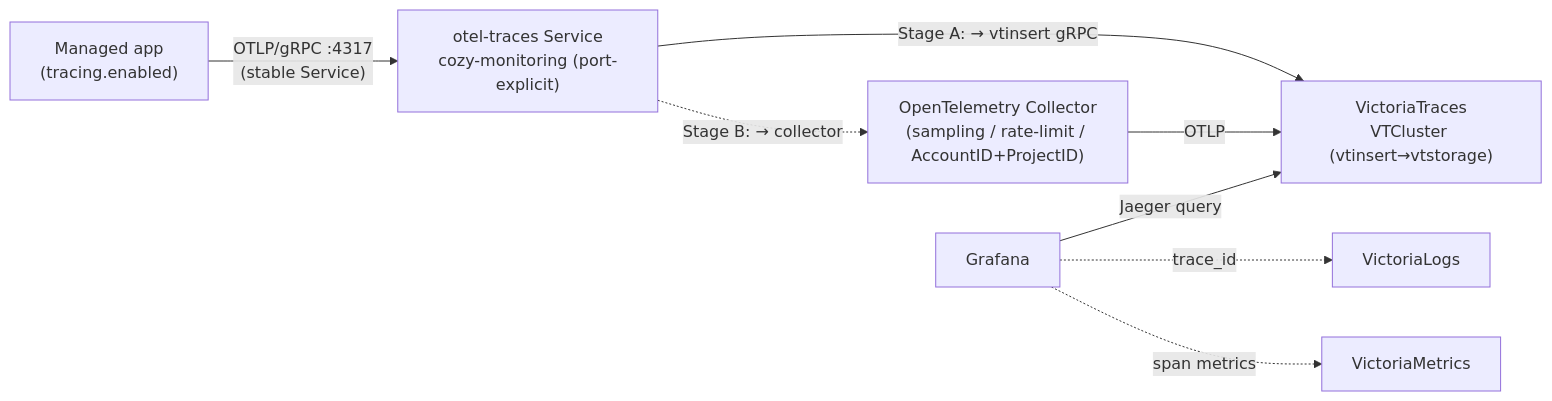
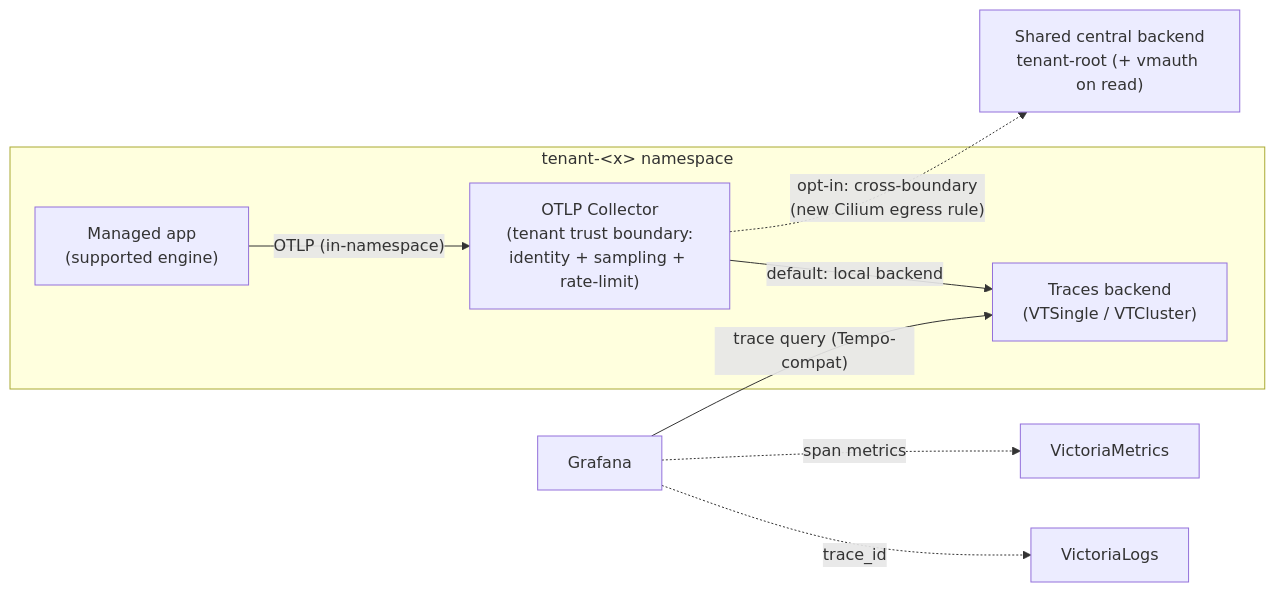
The diagram in design-proposals/distributed-tracing/README.md (cozystack/community), drawn with Mermaid before and after one commit. The commit also changed other lines of this file, not shown here.

First line of the commit message:
Reframe proposal for @lllamnyp review: tenancy/network model, backend pluggability

````diff
--- a/design-proposals/distributed-tracing/README.md
+++ b/design-proposals/distributed-tracing/README.md
@@ -178,10 +137,11 @@
 ```mermaid
 flowchart LR
-  app["Managed app<br/>(tracing.enabled)"] -- "OTLP/gRPC :4317<br/>(stable Service)" --> svc["otel-traces Service<br/>cozy-monitoring (port-explicit)"]
-  svc -- "Stage A: → vtinsert gRPC" --> vt["VictoriaTraces<br/>VTCluster (vtinsert→vtstorage)"]
-  svc -. "Stage B: → collector" .-> col["OpenTelemetry Collector<br/>(sampling / rate-limit / AccountID+ProjectID)"]
-  col -- OTLP --> vt
-  gr["Grafana"] -- Jaeger query --> vt
-  gr -. trace_id .-> vl["VictoriaLogs"]
-  gr -. span metrics .-> vm["VictoriaMetrics"]
+  subgraph tns["tenant-&lt;x&gt; namespace"]
+    app["Managed app<br/>(supported engine)"] -- "OTLP (in-namespace)" --> col["OTLP Collector<br/>(tenant trust boundary:<br/>identity + sampling + rate-limit)"]
+    col -- "default: local backend" --> vt["Traces backend<br/>(VTSingle / VTCluster)"]
+  end
+  col -. "opt-in: cross-boundary<br/>(new Cilium egress rule)" .-> central["Shared central backend<br/>tenant-root (+ vmauth on read)"]
+  gr["Grafana"] -- "trace query (Tempo-compat)" --> vt
+  gr -. "trace_id" .-> vl["VictoriaLogs"]
+  gr -. "span metrics" .-> vm["VictoriaMetrics"]
 ```
````
